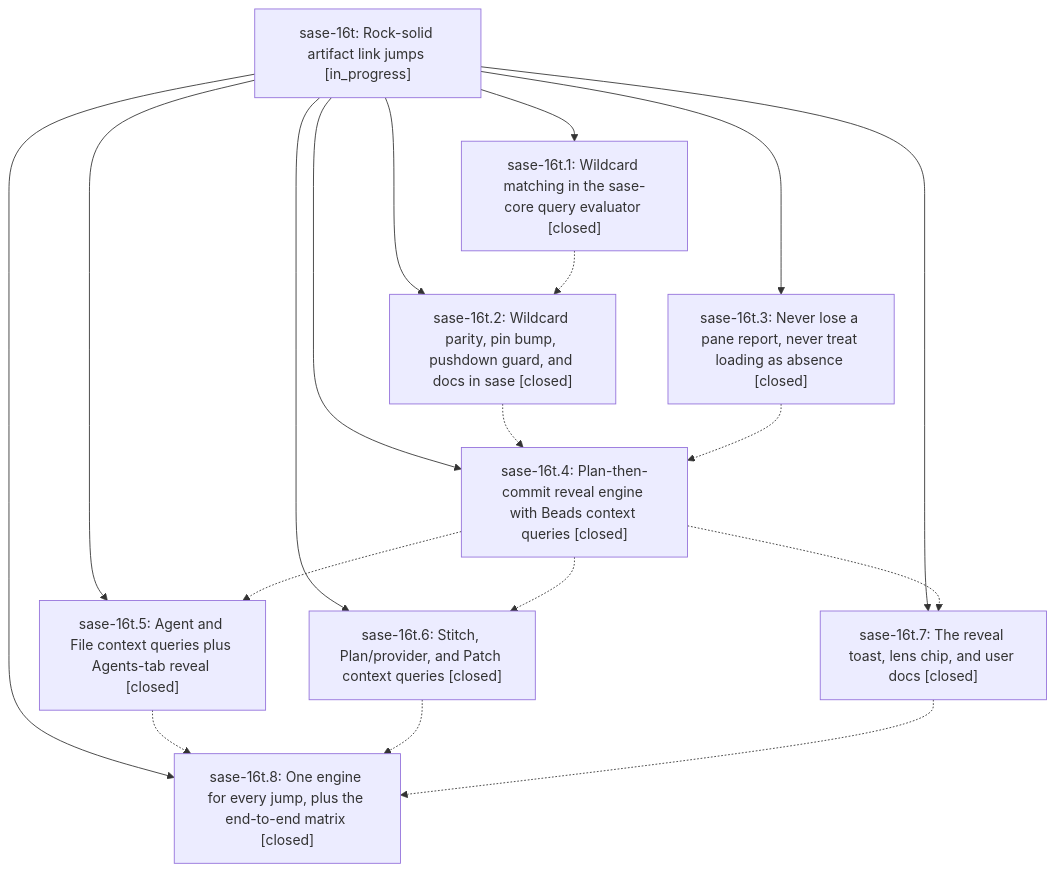
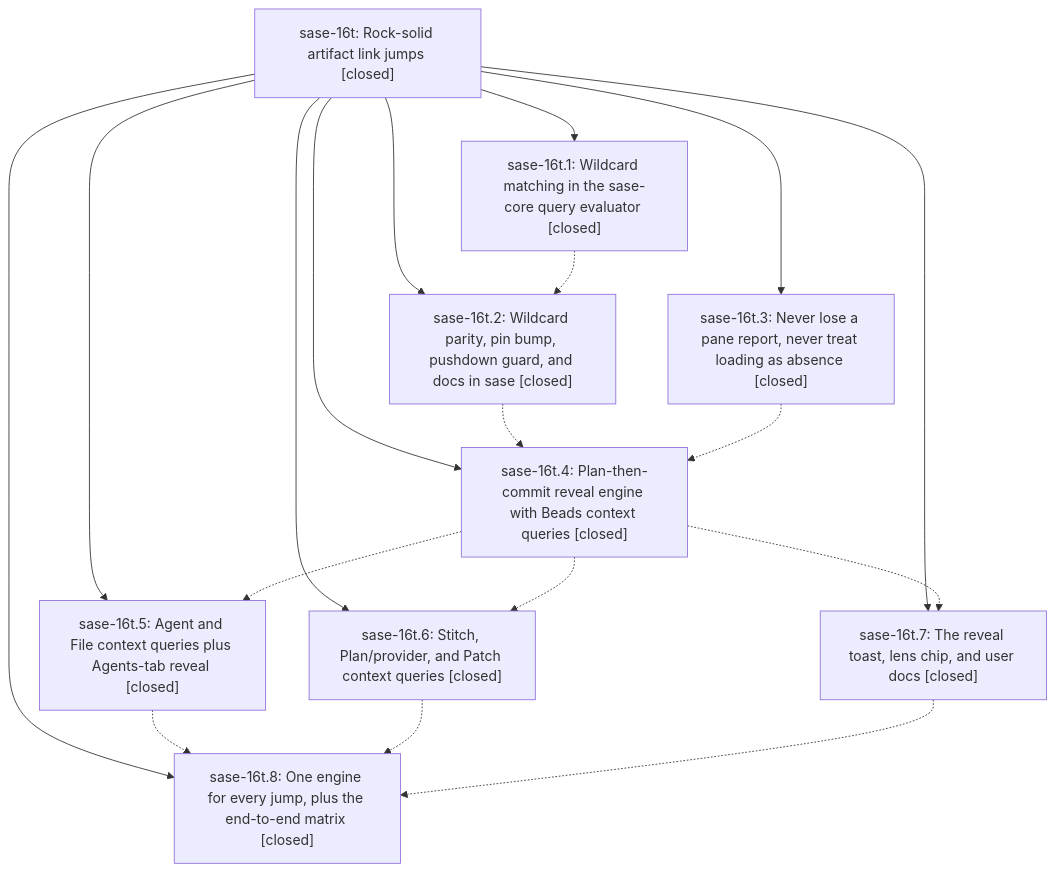
One commit to sase-org/sase--beads changed the diagram in pages/sase-16t/README.md. Above: the diagram before and after it, drawn with Mermaid. The commit also changed other lines of this file and 1 other file, not shown here.

First line of the commit message:
chore(beads): sync bead state and pages for sase-16t

````diff
--- a/pages/sase-16t/README.md
+++ b/pages/sase-16t/README.md
@@ -29,29 +47,29 @@
 ```mermaid
 flowchart TD
-    n0["sase-16t: Rock-solid artifact link jumps [in_progress]"]
+    n0["sase-16t: Rock-solid artifact link jumps [closed]"]
     n1["sase-16t.1: Wildcard matching in the sase-core query evaluator [closed]"]
     n2["sase-16t.2: Wildcard parity, pin bump, pushdown guard, and docs in sase [closed]"]
     n3["sase-16t.3: Never lose a pane report, never treat loading as absence [closed]"]
     n4["sase-16t.4: Plan-then-commit reveal engine with Beads context queries [closed]"]
     n5["sase-16t.5: Agent and File context queries plus Agents-tab reveal [closed]"]
     n6["sase-16t.6: Stitch, Plan/provider, and Patch context queries [closed]"]
     n7["sase-16t.7: The reveal toast, lens chip, and user docs [closed]"]
     n8["sase-16t.8: One engine for every jump, plus the end-to-end matrix [closed]"]
     n0 --> n1
     n0 --> n2
     n0 --> n3
     n0 --> n4
     n0 --> n5
     n0 --> n6
     n0 --> n7
     n0 --> n8
     n1 -.-> n2
     n2 -.-> n4
     n3 -.-> n4
     n4 -.-> n5
     n4 -.-> n6
     n4 -.-> n7
     n5 -.-> n8
     n6 -.-> n8
     n7 -.-> n8
 ```
````
